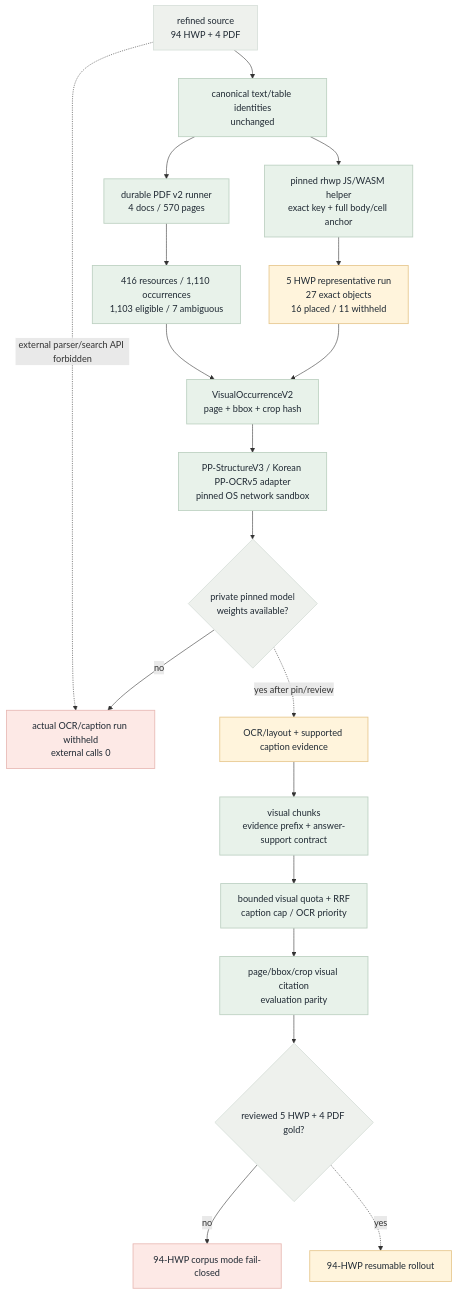
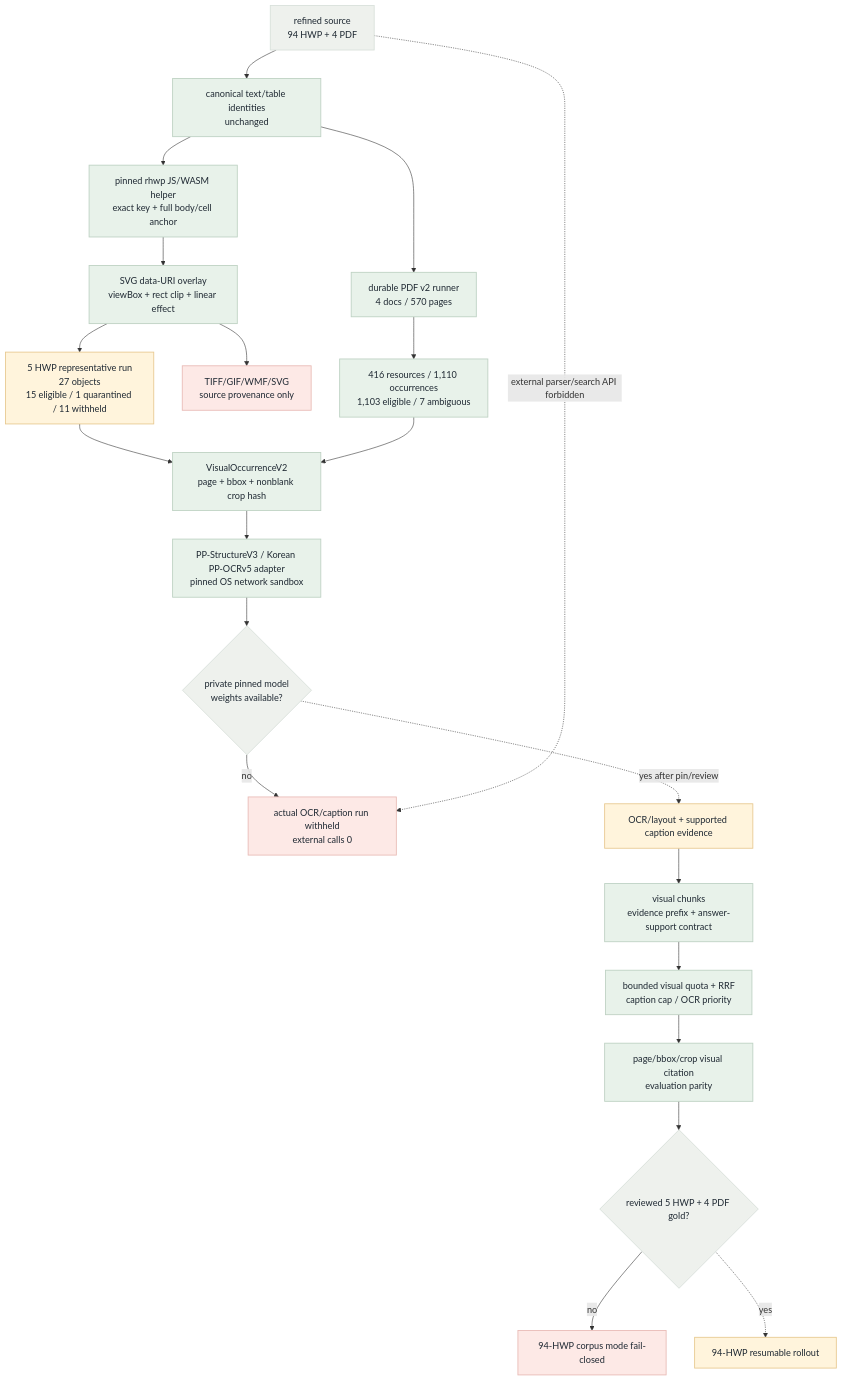
The diagram in fivecircles/architecture/specs/hwp-pdf-visual-parsing-current-flow.mmd (KongSeok/sprint-public-procurement-rag-assistant), drawn with Mermaid before and after one commit. The commit also changed 17 other files, not shown here.

Commit message:
fix(ingest): preserve HWP raster images in visual crops

```diff
--- a/fivecircles/architecture/specs/hwp-pdf-visual-parsing-current-flow.mmd
+++ b/fivecircles/architecture/specs/hwp-pdf-visual-parsing-current-flow.mmd
@@ -1,25 +1,27 @@
 flowchart TD
     SRC["refined source<br/>94 HWP + 4 PDF"]:::gray --> BASE["canonical text/table identities<br/>unchanged"]:::green
     BASE --> HHELP["pinned rhwp JS/WASM helper<br/>exact key + full body/cell anchor"]:::green
     BASE --> PDF["durable PDF v2 runner<br/>4 docs / 570 pages"]:::green
-    HHELP --> HREP["5 HWP representative run<br/>27 exact objects<br/>16 placed / 11 withheld"]:::amber
+    HHELP --> HSVG["SVG data-URI overlay<br/>viewBox + rect clip + linear effect"]:::green
+    HSVG --> HREP["5 HWP representative run<br/>27 objects<br/>15 eligible / 1 quarantined / 11 withheld"]:::amber
+    HSVG --> HTIFF["TIFF/GIF/WMF/SVG<br/>source provenance only"]:::red
     PDF --> POCC["416 resources / 1,110 occurrences<br/>1,103 eligible / 7 ambiguous"]:::green
-    HREP --> OCC["VisualOccurrenceV2<br/>page + bbox + crop hash"]:::green
+    HREP --> OCC["VisualOccurrenceV2<br/>page + bbox + nonblank crop hash"]:::green
     POCC --> OCC
     OCC --> OCRRUN["PP-StructureV3 / Korean PP-OCRv5 adapter<br/>pinned OS network sandbox"]:::green
     OCRRUN --> MODEL{"private pinned model<br/>weights available?"}:::gray
     MODEL -->|"no"| OBLK["actual OCR/caption run withheld<br/>external calls 0"]:::red
     MODEL -. "yes after pin/review" .-> EVID["OCR/layout + supported caption evidence"]:::amber
     EVID --> VCHUNK["visual chunks<br/>evidence prefix + answer-support contract"]:::green
     VCHUNK --> RET["bounded visual quota + RRF<br/>caption cap / OCR priority"]:::green
     RET --> CITE["page/bbox/crop visual citation<br/>evaluation parity"]:::green
     CITE --> GOLD{"reviewed 5 HWP + 4 PDF gold?"}:::gray
     GOLD -->|"no"| FULL["94-HWP corpus mode fail-closed"]:::red
     GOLD -. "yes" .-> ROLL["94-HWP resumable rollout"]:::amber
     SRC -. "external parser/search API forbidden" .-> OBLK
 
     classDef green fill:#e8f2ea,stroke:#bdd1c2,color:#1f2933,stroke-width:1.5px
     classDef blue fill:#e8f0f7,stroke:#c2d3e0,color:#1f2933,stroke-width:1.5px
     classDef amber fill:#fff4dc,stroke:#e7c88f,color:#1f2933,stroke-width:1.5px
     classDef red fill:#fde9e6,stroke:#e8bab5,color:#1f2933,stroke-width:1.5px
     classDef gray fill:#eef1ed,stroke:#d8e0da,color:#1f2933,stroke-width:1.5px
```
